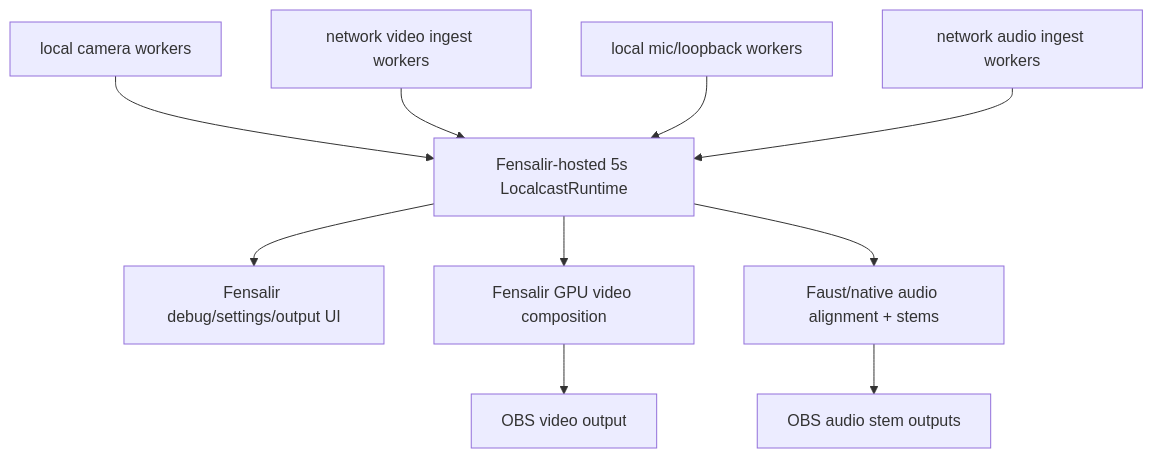
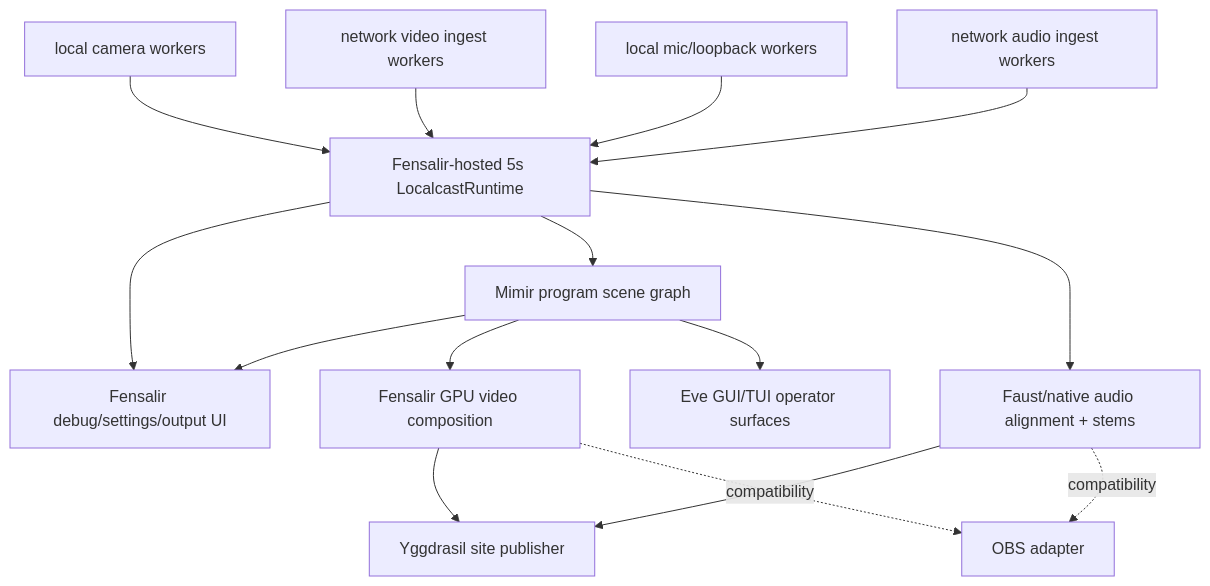
One commit to GameCult/Mimir changed the diagram in docs/viable-stream-app.md. Above: the diagram before and after it, drawn with Mermaid. The commit also changed other lines of this file and 22 other files, not shown here.

Commit message:
Move program composition authority into Mimir

````diff
--- a/docs/viable-stream-app.md
+++ b/docs/viable-stream-app.md
@@ -35,12 +36,17 @@
 ```mermaid
 flowchart TD
     A["local camera workers"] --> R["Fensalir-hosted 5s LocalcastRuntime"]
     B["network video ingest workers"] --> R
     C["local mic/loopback workers"] --> R
     D["network audio ingest workers"] --> R
     R --> U["Fensalir debug/settings/output UI"]
-    R --> V["Fensalir GPU video composition"]
+    R --> S["Mimir program scene graph"]
+    S --> U
+    S --> V["Fensalir GPU video composition"]
     R --> F["Faust/native audio alignment + stems"]
-    V --> O["OBS video output"]
-    F --> P["OBS audio stem outputs"]
+    S --> E["Eve GUI/TUI operator surfaces"]
+    V --> Y["Yggdrasil site publisher"]
+    F --> Y
+    V -. "compatibility" .-> O["OBS adapter"]
+    F -. "compatibility" .-> O
 ```
````
